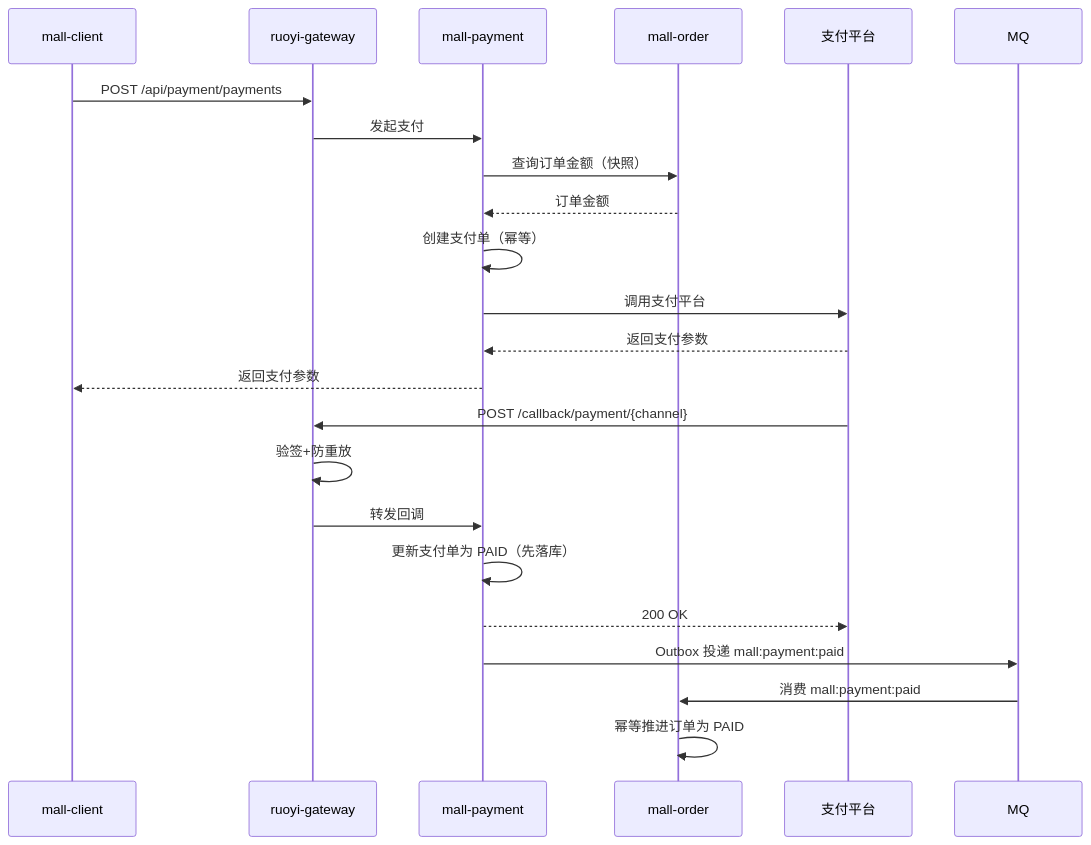
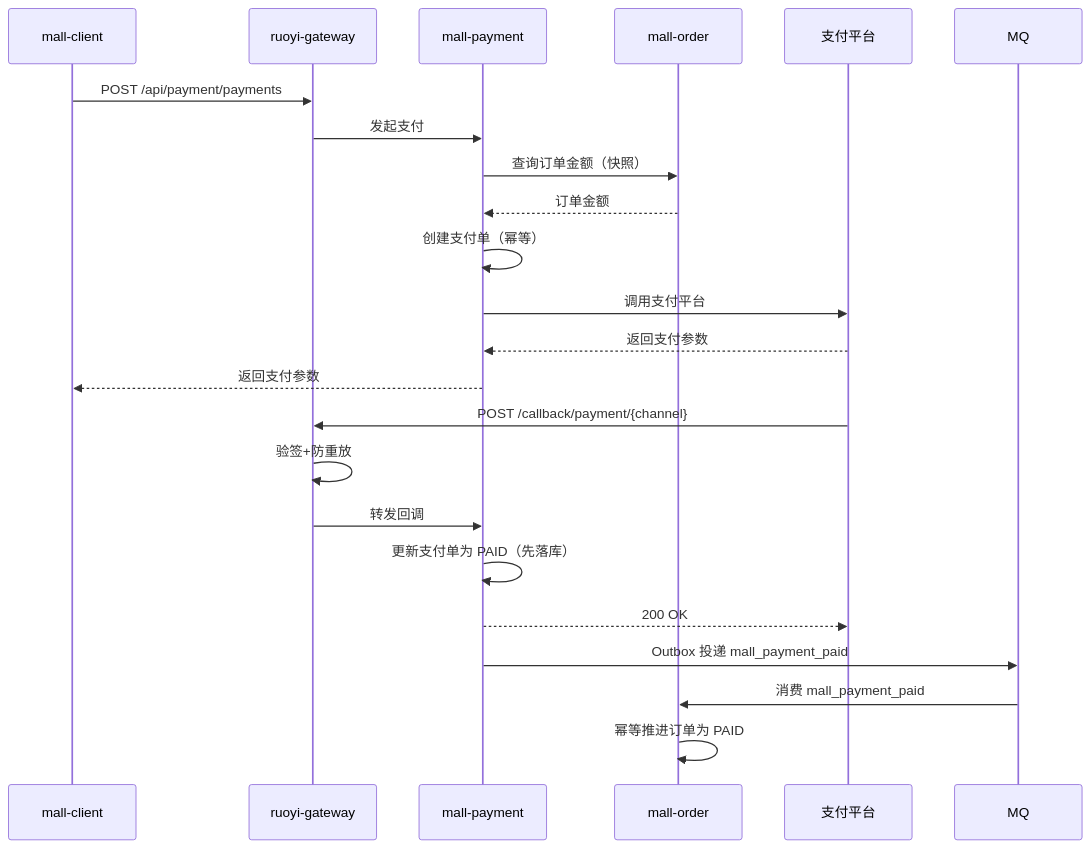
The fifth of 12 diagrams in docs/design/03_05_系统详细设计-核心业务详细流程.md (1016297824/JH-Mall), drawn with Mermaid before and after one commit. The commit also changed other lines of this file and 20 other files, not shown here.

````diff
--- a/docs/design/03_05_系统详细设计-核心业务详细流程.md
+++ b/docs/design/03_05_系统详细设计-核心业务详细流程.md
@@ -179,27 +179,27 @@
 ```mermaid
 sequenceDiagram
     participant C as mall-client
     participant G as ruoyi-gateway
     participant Pay as mall-payment
     participant O as mall-order
     participant Provider as 支付平台
     participant MQ as MQ
 
     C->>G: POST /api/payment/payments
     G->>Pay: 发起支付
     Pay->>O: 查询订单金额（快照）
     O-->>Pay: 订单金额
     Pay->>Pay: 创建支付单（幂等）
     Pay->>Provider: 调用支付平台
     Provider-->>Pay: 返回支付参数
     Pay-->>C: 返回支付参数
 
     Provider->>G: POST /callback/payment/{channel}
     G->>G: 验签+防重放
     G->>Pay: 转发回调
     Pay->>Pay: 更新支付单为 PAID（先落库）
     Pay-->>Provider: 200 OK
-    Pay->>MQ: Outbox 投递 mall:payment:paid
-    MQ->>O: 消费 mall:payment:paid
+    Pay->>MQ: Outbox 投递 mall_payment_paid
+    MQ->>O: 消费 mall_payment_paid
     O->>O: 幂等推进订单为 PAID
 ```
````
